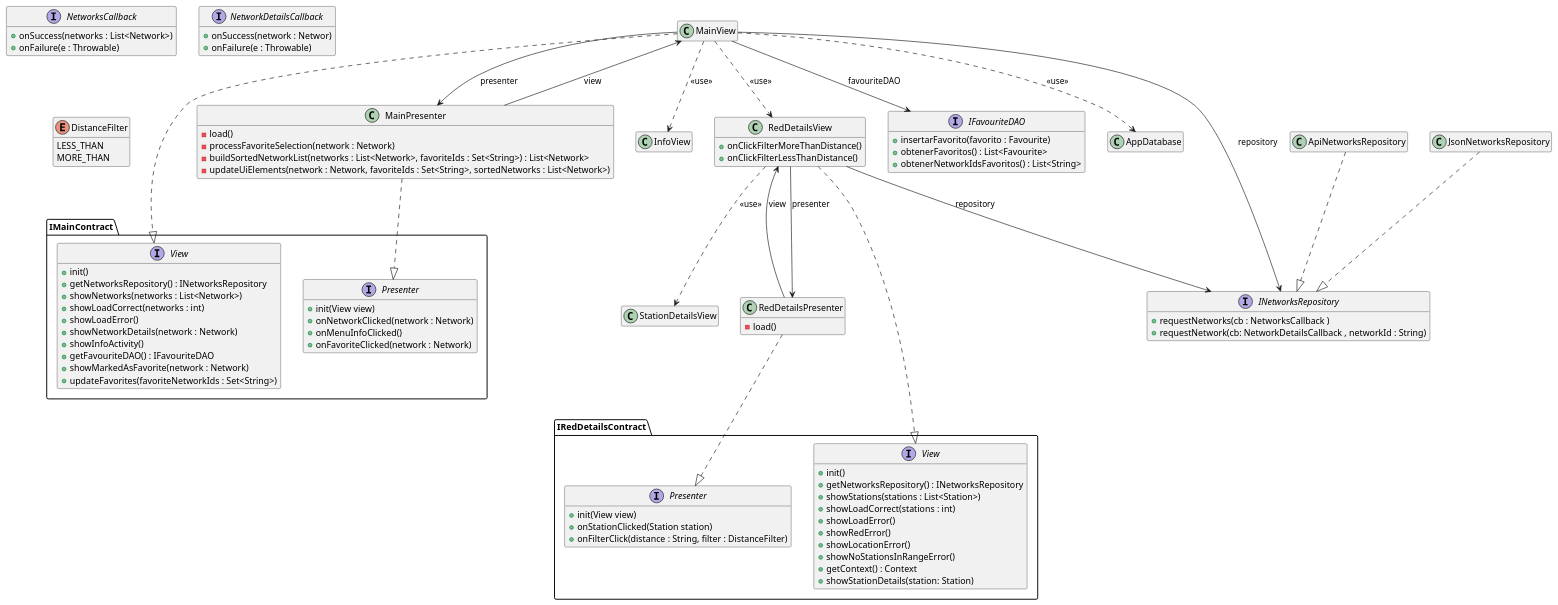
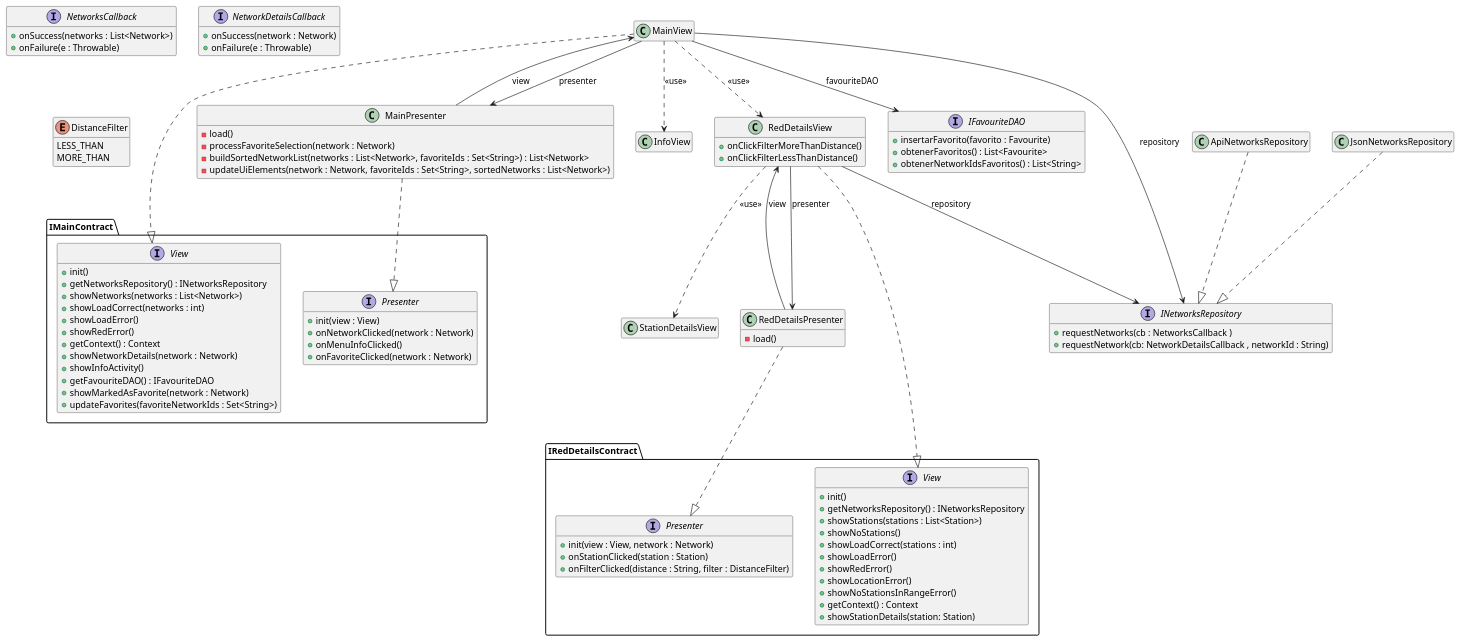
Before and after one commit to isunican/App-Bicis-Grupo1: the diagram in Docs/Models/architecture.puml, drawn with PlantUML.

Commit message:
Corregir modelo de arquitectura

```diff
--- a/Docs/Models/architecture.puml
+++ b/Docs/Models/architecture.puml
@@ -1,114 +1,116 @@
 @startuml architecture
 
 hide empty members
 
 MainView ..|> IMainContract.View
 MainPresenter ..|> IMainContract.Presenter
 MainView --> INetworksRepository : repository
 ApiNetworksRepository ..|> INetworksRepository
 JsonNetworksRepository ..|> INetworksRepository
 MainView --> MainPresenter : presenter
 MainPresenter --> MainView : view
 MainView ..> InfoView : <<use>>
 MainView ..> RedDetailsView : <<use>>
 RedDetailsView ..> StationDetailsView : <<use>>
 
 RedDetailsView ..|> IRedDetailsContract.View
 RedDetailsPresenter ..|> IRedDetailsContract.Presenter
 RedDetailsView --> INetworksRepository : repository
 RedDetailsView --> RedDetailsPresenter : presenter
 RedDetailsPresenter --> RedDetailsView : view
 MainView --> IFavouriteDAO : favouriteDAO
-MainView ..> AppDatabase : <<use>>
 
 class MainView {
 }
 
 class MainPresenter {
     -load()
     - processFavoriteSelection(network : Network)
     - buildSortedNetworkList(networks : List<Network>, favoriteIds : Set<String>) : List<Network>
     - updateUiElements(network : Network, favoriteIds : Set<String>, sortedNetworks : List<Network>)
 }
 
 class InfoView
 
 class StationDetailsView
 
 class RedDetailsView {
     +onClickFilterMoreThanDistance()
     +onClickFilterLessThanDistance()
 }
 class RedDetailsPresenter {
     -load()
 }
 
 class ApiNetworksRepository
 class JsonNetworksRepository
 
 interface IFavouriteDAO {
     + insertarFavorito(favorito : Favourite)
     + obtenerFavoritos() : List<Favourite> 
     + obtenerNetworkIdsFavoritos() : List<String> 
 }
 
 interface IMainContract.View {
     + init()
     + getNetworksRepository() : INetworksRepository
     + showNetworks(networks : List<Network>)
     + showLoadCorrect(networks : int)
     + showLoadError()
+    + showRedError()
+    + getContext() : Context
     + showNetworkDetails(network : Network)
     + showInfoActivity()
     + getFavouriteDAO() : IFavouriteDAO
     + showMarkedAsFavorite(network : Network)
     + updateFavorites(favoriteNetworkIds : Set<String>)
 }
 
 interface IMainContract.Presenter {
-    + init(View view)
+    + init(view : View)
     + onNetworkClicked(network : Network)
     + onMenuInfoClicked()
     + onFavoriteClicked(network : Network)
 }
 
 interface IRedDetailsContract.View {
     + init()
     + getNetworksRepository() : INetworksRepository
     + showStations(stations : List<Station>)
+    + showNoStations()
     + showLoadCorrect(stations : int)
     + showLoadError()
     + showRedError()
     + showLocationError()
     + showNoStationsInRangeError()
     + getContext() : Context
     + showStationDetails(station: Station)
 }
 
 interface IRedDetailsContract.Presenter {
-    + init(View view)
-    + onStationClicked(Station station)
-    + onFilterClick(distance : String, filter : DistanceFilter)
+    + init(view : View, network : Network)
+    + onStationClicked(station : Station)
+    + onFilterClicked(distance : String, filter : DistanceFilter)
 }
 
 interface INetworksRepository {
     + requestNetworks(cb : NetworksCallback )
     + requestNetwork(cb: NetworkDetailsCallback , networkId : String)
 }
 
 interface NetworksCallback {
     + onSuccess(networks : List<Network>)
     + onFailure(e : Throwable)
 }
 
 interface NetworkDetailsCallback {
-    + onSuccess(network : Networ)
+    + onSuccess(network : Network)
     + onFailure(e : Throwable)
 }
 
 enum DistanceFilter {
     LESS_THAN
     MORE_THAN
 }
 
 @enduml
```
